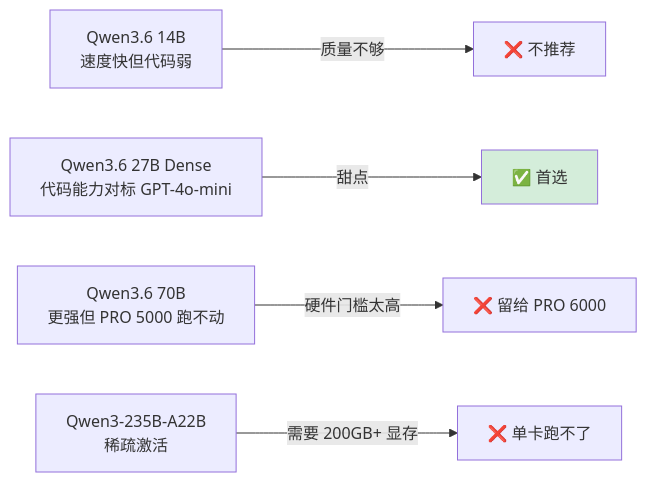
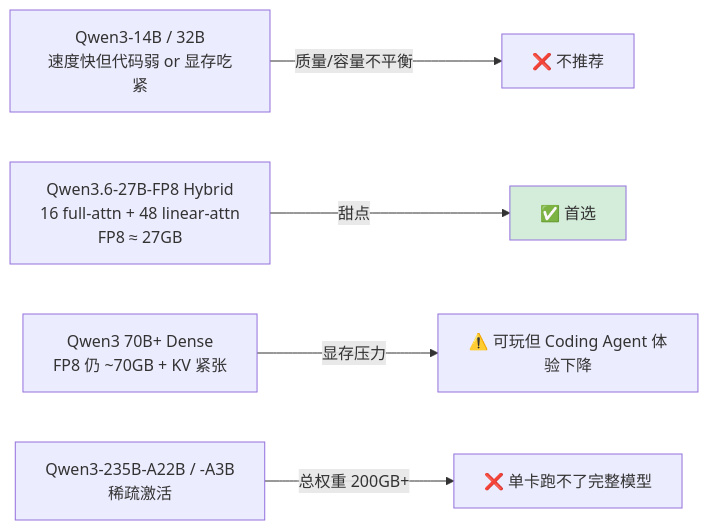
One commit to Xuefei-Zhang/llm-infer-journey changed the first of 4 diagrams in 09-local-coding-agent.md. Above: the diagram before and after it, drawn with Mermaid. The commit also changed other lines of this file and 11 other files, not shown here.

First line of the commit message:
rewrite plan to v2.1: local PRO 6000 96GB + Qwen3.6-27B-FP8 main line

````diff
--- a/09-local-coding-agent.md
+++ b/09-local-coding-agent.md
@@ -25,9 +27,9 @@
 ```mermaid
 graph LR
-    M14B[Qwen3.6 14B<br/>速度快但代码弱] -->|质量不够| X1[❌ 不推荐]
-    M27B[Qwen3.6 27B Dense<br/>代码能力对标 GPT-4o-mini] -->|甜点| OK[✅ 首选]
-    M70B[Qwen3.6 70B<br/>更强但 PRO 5000 跑不动] -->|硬件门槛太高| X2[❌ 留给 PRO 6000]
-    MoE[Qwen3-235B-A22B<br/>稀疏激活] -->|需要 200GB+ 显存| X3[❌ 单卡跑不了]
+    M14B[Qwen3-14B / 32B<br/>速度快但代码弱 or 显存吃紧] -->|质量/容量不平衡| X1[❌ 不推荐]
+    M27B[Qwen3.6-27B-FP8 Hybrid<br/>16 full-attn + 48 linear-attn<br/>FP8 ≈ 27GB] -->|甜点| OK[✅ 首选]
+    M70B[Qwen3 70B+ Dense<br/>FP8 仍 ~70GB + KV 紧张] -->|显存压力| X2[⚠️ 可玩但 Coding Agent 体验下降]
+    MoE[Qwen3-235B-A22B / -A3B<br/>稀疏激活] -->|总权重 200GB+| X3[❌ 单卡跑不了完整模型]
 
     style OK fill:#d4edda
 ```
````
